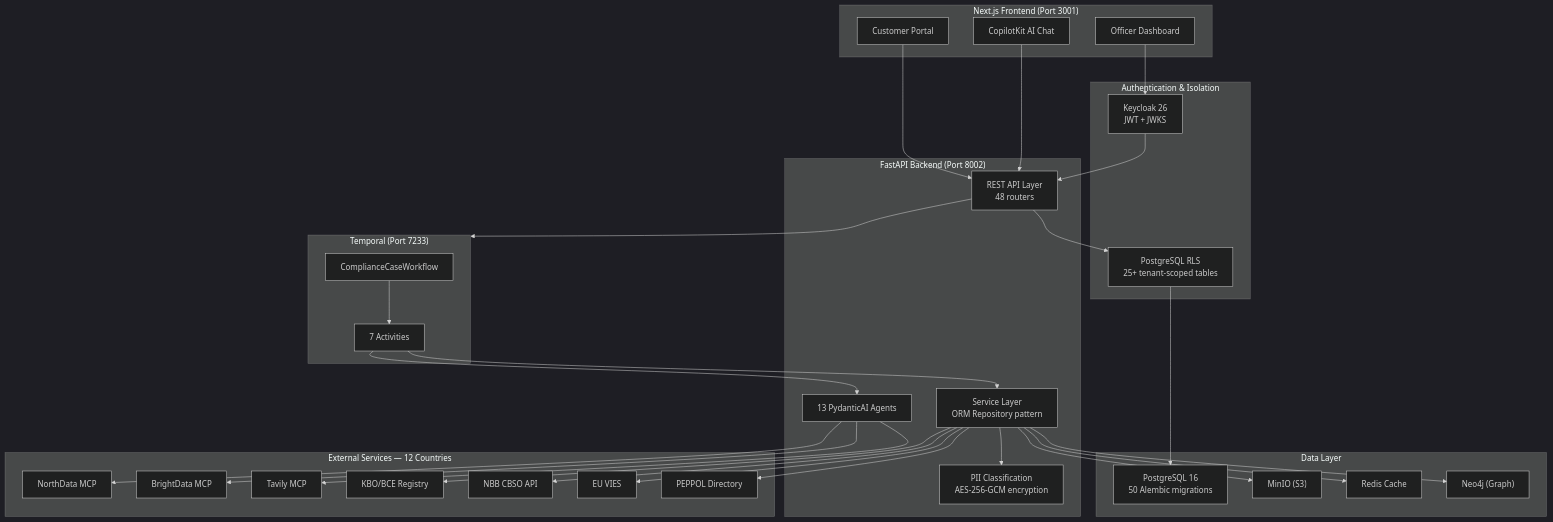
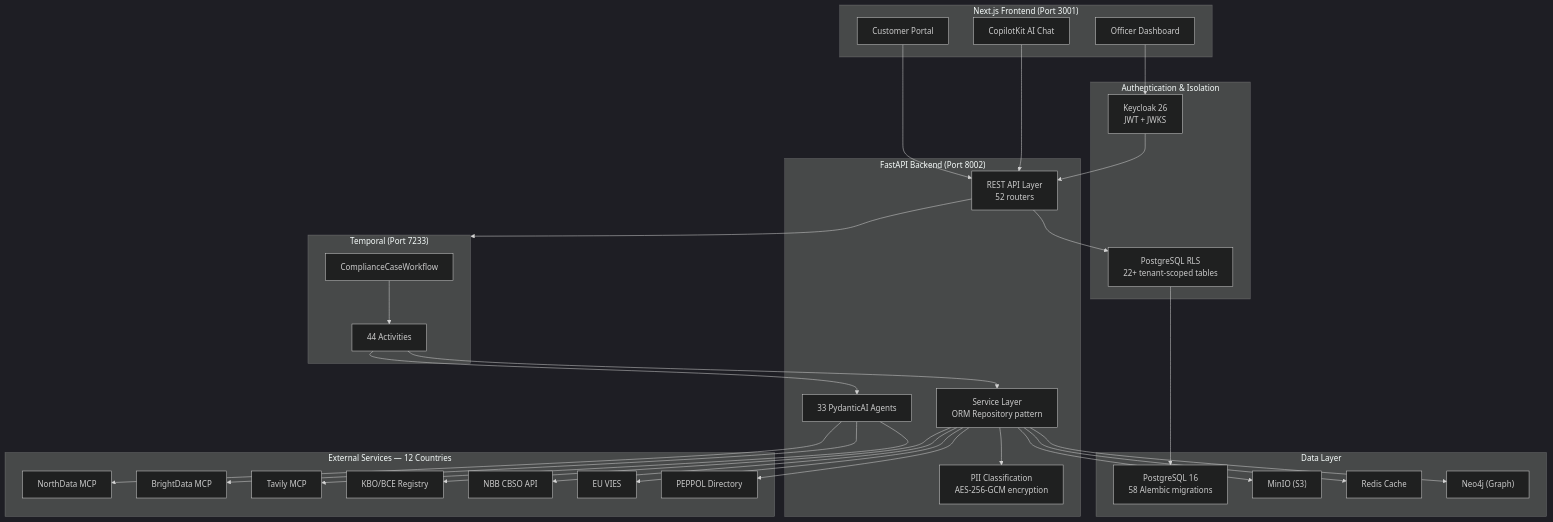
One commit to Tsunami-max/trust-relay-docs changed the diagram in docs/architecture/overview.md. Above: the diagram before and after it, drawn with Mermaid (dark theme). The commit also changed other lines of this file and 177 other files, not shown here.

````diff
--- a/docs/architecture/overview.md
+++ b/docs/architecture/overview.md
@@ -16,64 +21,64 @@
 ```mermaid
 graph TB
     subgraph Frontend["Next.js Frontend (Port 3001)"]
         Dashboard["Officer Dashboard"]
         Portal["Customer Portal"]
         CopilotKit["CopilotKit AI Chat"]
     end
 
     subgraph Backend["FastAPI Backend (Port 8002)"]
-        API["REST API Layer<br/>48 routers"]
-        Agents["13 PydanticAI Agents"]
+        API["REST API Layer<br/>52 routers"]
+        Agents["33 PydanticAI Agents"]
         Services["Service Layer<br/>ORM Repository pattern"]
         PII["PII Classification<br/>AES-256-GCM encryption"]
     end
 
     subgraph Auth["Authentication & Isolation"]
         Keycloak["Keycloak 26<br/>JWT + JWKS"]
-        RLS["PostgreSQL RLS<br/>25+ tenant-scoped tables"]
+        RLS["PostgreSQL RLS<br/>22+ tenant-scoped tables"]
     end
 
     subgraph Temporal["Temporal (Port 7233)"]
         Workflow["ComplianceCaseWorkflow"]
-        Activities["7 Activities"]
+        Activities["44 Activities"]
     end
 
     subgraph Storage["Data Layer"]
-        PG["PostgreSQL 16<br/>50 Alembic migrations"]
+        PG["PostgreSQL 16<br/>58 Alembic migrations"]
         MinIO["MinIO (S3)"]
         Redis["Redis Cache"]
         Neo4j["Neo4j (Graph)"]
     end
 
     subgraph External["External Services — 12 Countries"]
         NorthData["NorthData MCP"]
         BrightData["BrightData MCP"]
         Tavily["Tavily MCP"]
         KBO["KBO/BCE Registry"]
         NBB["NBB CBSO API"]
         VIES["EU VIES"]
         PEPPOL["PEPPOL Directory"]
     end
 
     Dashboard --> Keycloak
     Portal --> API
     CopilotKit --> API
     Keycloak --> API
     API --> RLS
     RLS --> PG
     API --> Temporal
     Workflow --> Activities
     Activities --> Agents
     Activities --> Services
     Services --> PII
     Agents --> NorthData
     Agents --> BrightData
     Agents --> Tavily
     Services --> KBO
     Services --> NBB
     Services --> VIES
     Services --> PEPPOL
     Services --> MinIO
     Services --> Redis
     Services --> Neo4j
 ```
````
